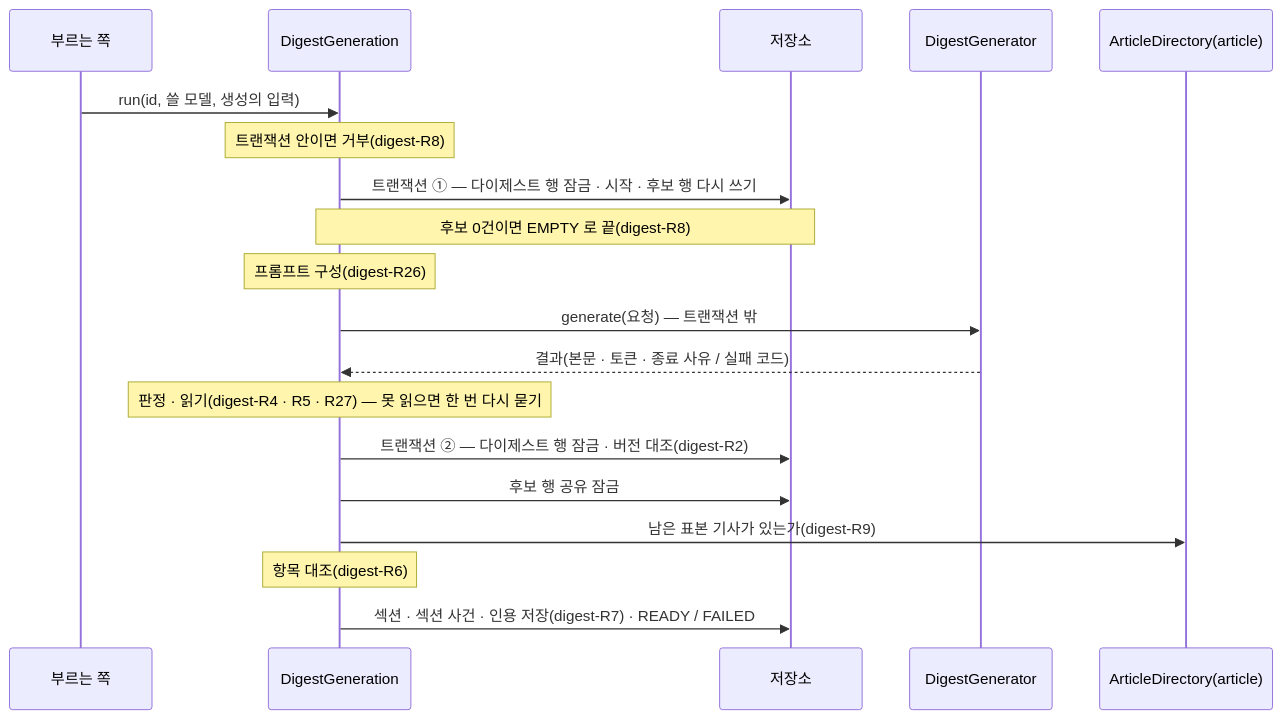
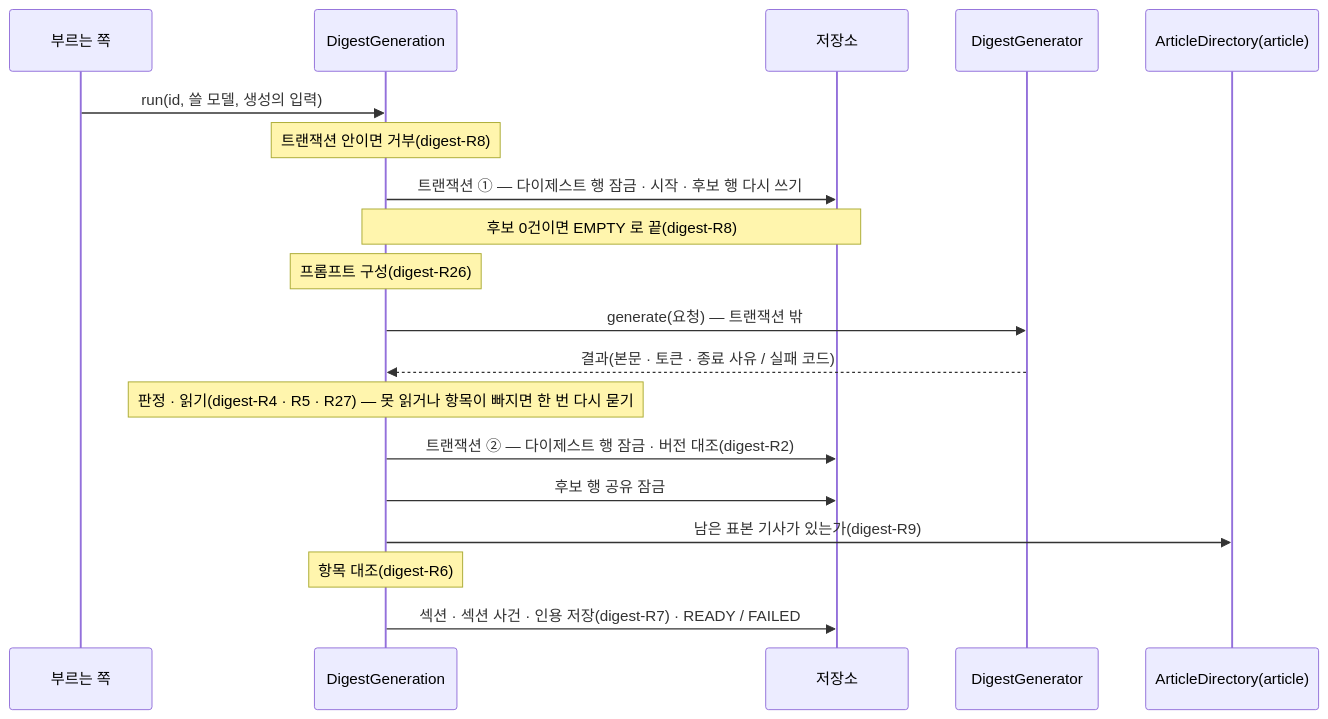
One commit to Theia0382/yozm-news changed the diagram in docs/specs/digest.md. Above: the diagram before and after it, drawn with Mermaid. The commit also changed other lines of this file and 9 other files, not shown here.

````diff
--- a/docs/specs/digest.md
+++ b/docs/specs/digest.md
@@ -285,21 +285,21 @@
 ```mermaid
 sequenceDiagram
     participant U as 부르는 쪽
     participant G as DigestGeneration
     participant DB as 저장소
     participant X as DigestGenerator
     participant A as ArticleDirectory(article)
     U->>G: run(id, 쓸 모델, 생성의 입력)
     Note over G: 트랜잭션 안이면 거부(digest-R8)
     G->>DB: 트랜잭션 ① — 다이제스트 행 잠금 · 시작 · 후보 행 다시 쓰기
     Note over G,DB: 후보 0건이면 EMPTY 로 끝(digest-R8)
     Note over G: 프롬프트 구성(digest-R26)
     G->>X: generate(요청) — 트랜잭션 밖
     X-->>G: 결과(본문 · 토큰 · 종료 사유 / 실패 코드)
-    Note over G: 판정 · 읽기(digest-R4 · R5 · R27) — 못 읽으면 한 번 다시 묻기
+    Note over G: 판정 · 읽기(digest-R4 · R5 · R27) — 못 읽거나 항목이 빠지면 한 번 다시 묻기
     G->>DB: 트랜잭션 ② — 다이제스트 행 잠금 · 버전 대조(digest-R2)
     G->>DB: 후보 행 공유 잠금
     G->>A: 남은 표본 기사가 있는가(digest-R9)
     Note over G: 항목 대조(digest-R6)
     G->>DB: 섹션 · 섹션 사건 · 인용 저장(digest-R7) · READY / FAILED
 ```
````
